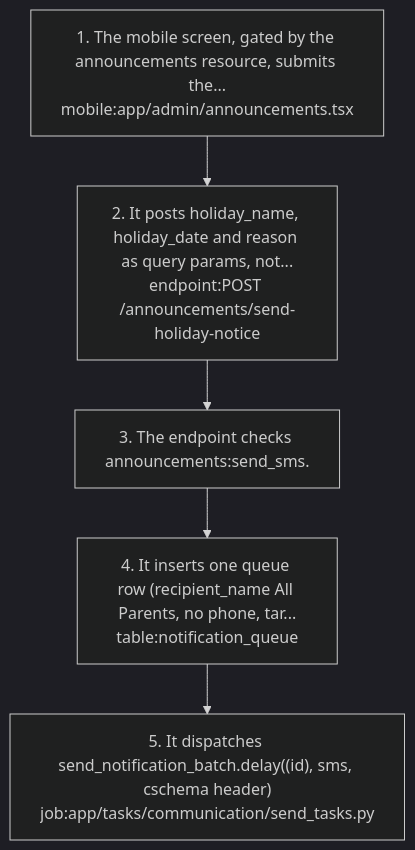
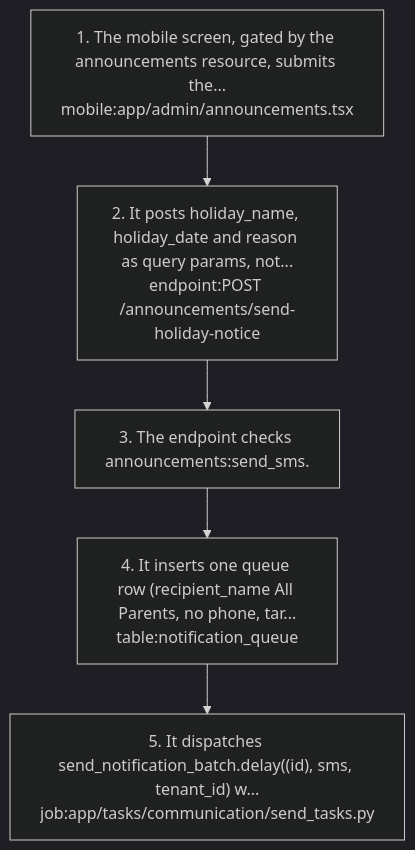
One commit to nerellasraj21/cos360_full_app changed the fifth of 8 diagrams in docs/graph/views/communication.md. Above: the diagram before and after it, drawn with Mermaid (dark theme). The commit also changed other lines of this file and 96 other files, not shown here.

First line of the commit message:
Convert Celery tasks and remaining per-schema code to tenant ids

````diff
--- a/docs/graph/views/communication.md
+++ b/docs/graph/views/communication.md
@@ -289,12 +290,12 @@
 ```mermaid
 flowchart TD
   s1["1. The mobile screen, gated by the announcements resource, submits the...<br/>mobile:app/admin/announcements.tsx"]
   s2["2. It posts holiday_name, holiday_date and reason as query params, not...<br/>endpoint:POST /announcements/send-holiday-notice"]
   s1 --> s2
   s3["3. The endpoint checks announcements:send_sms."]
   s2 --> s3
   s4["4. It inserts one queue row (recipient_name All Parents, no phone, tar...<br/>table:notification_queue"]
   s3 --> s4
-  s5["5. It dispatches send_notification_batch.delay((id), sms, cschema header)<br/>job:app/tasks/communication/send_tasks.py"]
+  s5["5. It dispatches send_notification_batch.delay((id), sms, tenant_id) w...<br/>job:app/tasks/communication/send_tasks.py"]
   s4 --> s5
 ```
````
